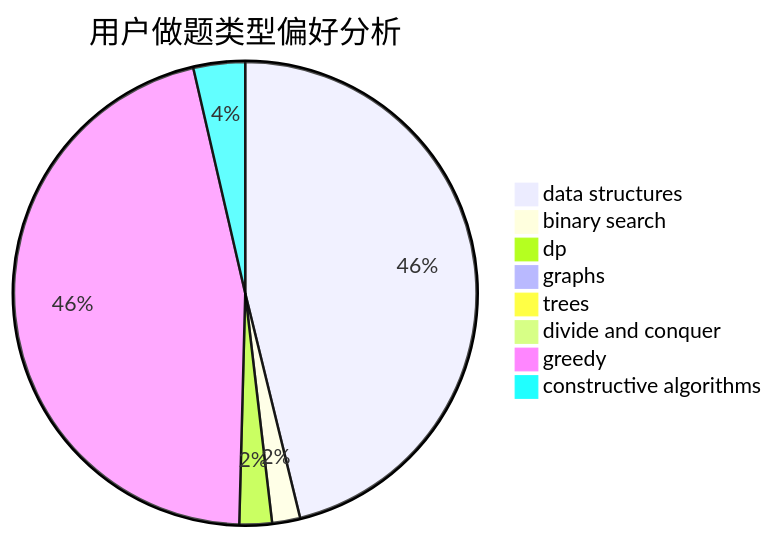
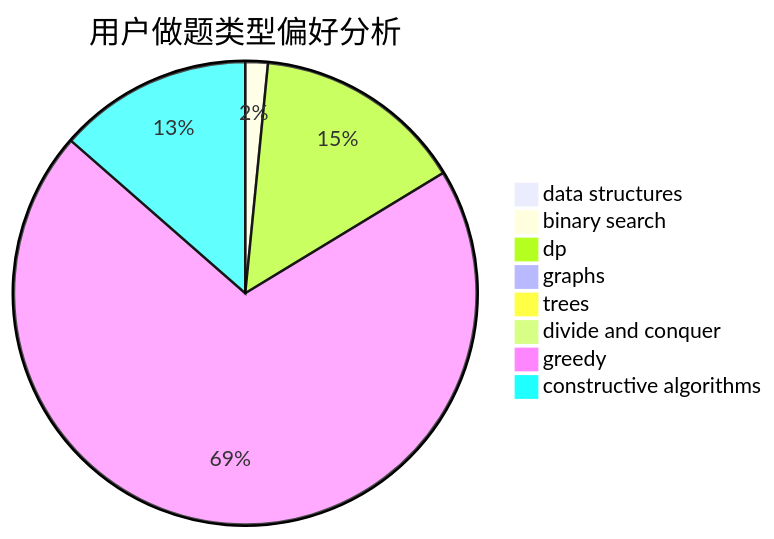
One commit to sherpahu/cfrs.github.io changed the second of 3 diagrams in docs/user/u2476.md. Above: the diagram before and after it, drawn with Mermaid. The commit also changed other lines of this file and 2770 other files, not shown here.

````diff
--- a/docs/user/u2476.md
+++ b/docs/user/u2476.md
@@ -23,11 +23,11 @@
 ```mermaid
 pie title 用户做题类型偏好分析
-    "data structures" :  448
-    "binary search" :  19
-    "dp" :  22
-    "graphs" :  3
-    "trees" :  2
+    "data structures" :  3
+    "binary search" :  8
+    "dp" :  75
+    "graphs" :  1
+    "trees" :  1
     "divide and conquer" :  0
-    "greedy" :  446
-    "constructive algorithms" :  35
+    "greedy" :  357
+    "constructive algorithms" :  69
 ```
````
